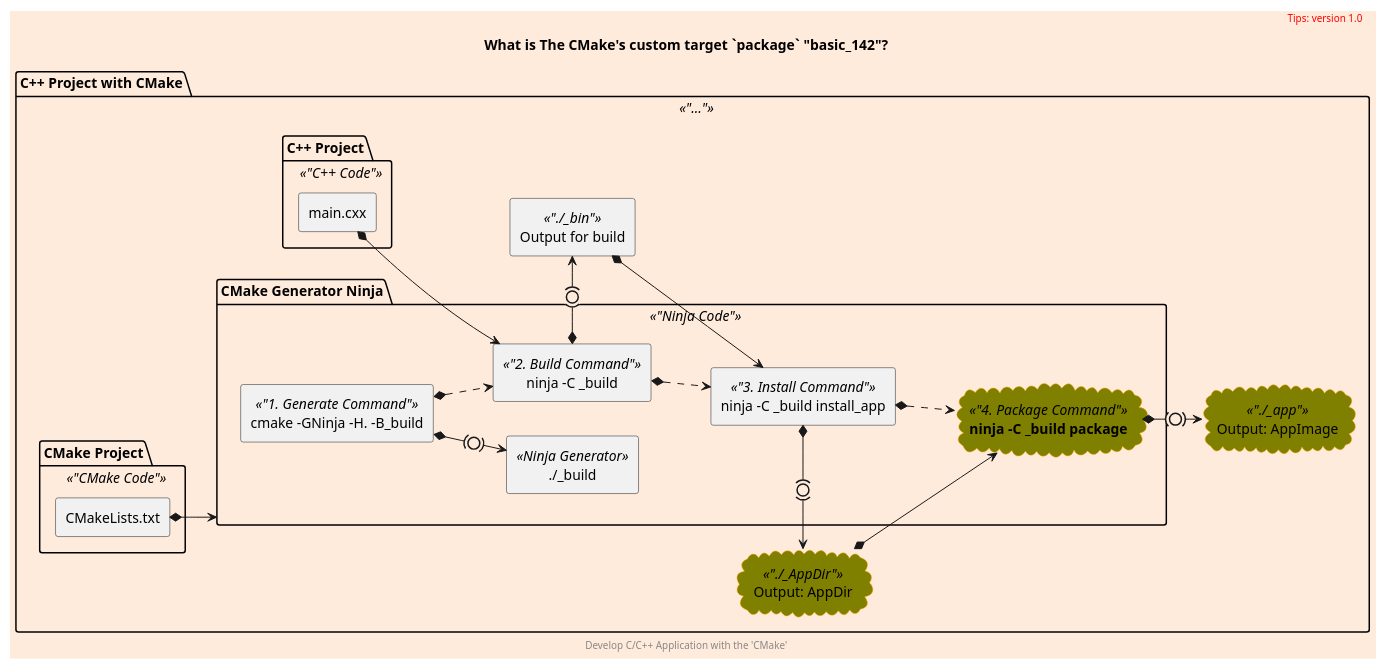
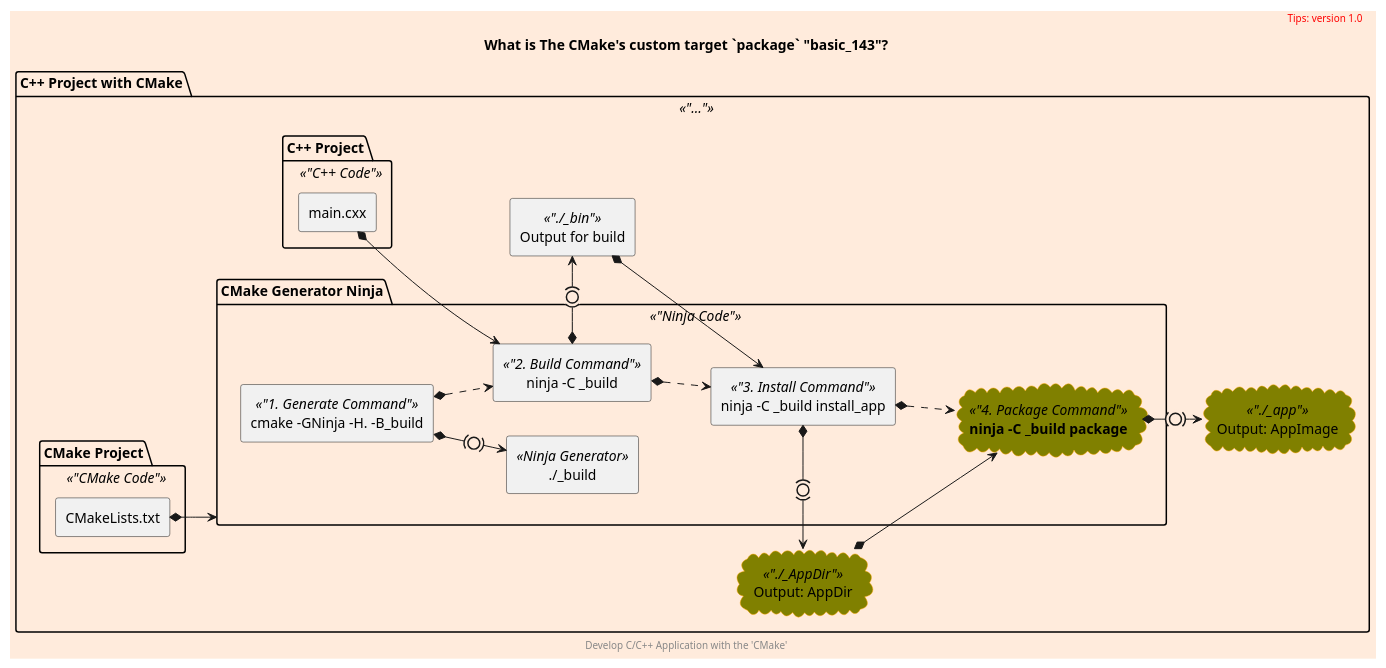
The diagram in docs/package_final.puml (cnruby/w3h1_cmake), drawn with PlantUML before and after one commit. The commit also changed 27 other files, not shown here.

```diff
--- a/docs/package_final.puml
+++ b/docs/package_final.puml
@@ -1,68 +1,68 @@
 @startuml package_final
 scale 700 width
 skinparam backgroundColor #FFEBDC
 scale 1
 
 skinparam cloud {
   backgroundColor Olive
   borderColor orange
 }
 
 left to right direction
 package "C++ Project with CMake" <<"...">> as project {
   package "CMake Project" <<"CMake Code">> as cmake_project {
     rectangle "CMakeLists.txt" as cmake_code
   }
   package "CMake Generator Ninja" <<"Ninja Code">> as ninja_project {
     rectangle "cmake -GNinja -H. -B_build" <<"1. Generate Command">> as cmd_generator
     rectangle "./_build" <<Ninja Generator>> as ninja_code
     rectangle "ninja -C _build" <<"2. Build Command">> as cmd_build
     rectangle "ninja -C _build install_app" <<"3. Install Command">> as cmd_install
     cloud "**ninja -C _build package**" <<"4. Package Command">> as cmd_package
     'note right of cmd_build
     '  CMake Cache Variable:
     '    **_DESTDIR**
     '    **CMAKE_BUILD_TYPE**
     'endnote
     'note right of cmd_install
     '  Environment Variable:
     '    **DESTDIR**
     '  CMake Cache Variable:
     '    **CMAKE_INSTALL_PREFIX**
     'endnote
     cmd_generator *-(0)-> ninja_code
   }
   package "C++ Project" <<"C++ Code">> as c_project {
     rectangle "main.cxx" as c_code
   }
   rectangle "Output for build" <<"./_bin">> as output_build
 
   cloud "Output: AppDir" <<"./_AppDir">> as output_appdir
   cloud "Output: AppImage" <<"./_app">> as output_app
 }
 cmake_code *--> ninja_project
 cmd_generator *..> cmd_build
 cmd_build *..> cmd_install
 c_code *--> cmd_build
 cmd_build *-(0)-> output_build
 output_build *--> cmd_install
 cmd_install *-(0)-> output_appdir
 
 output_appdir *--> cmd_package
 cmd_install *..> cmd_package
 cmd_package *-(0)-> output_app
 
 
 
 
 title
-  What is The CMake's custom target `package` "basic_142"?
+  What is The CMake's custom target `package` "basic_143"?
 end title
 
 header
   <font color=red>Tips: version 1.0</font>
 endheader
 
 center footer Develop C/C++ Application with the 'CMake'
 
 @enduml
```
